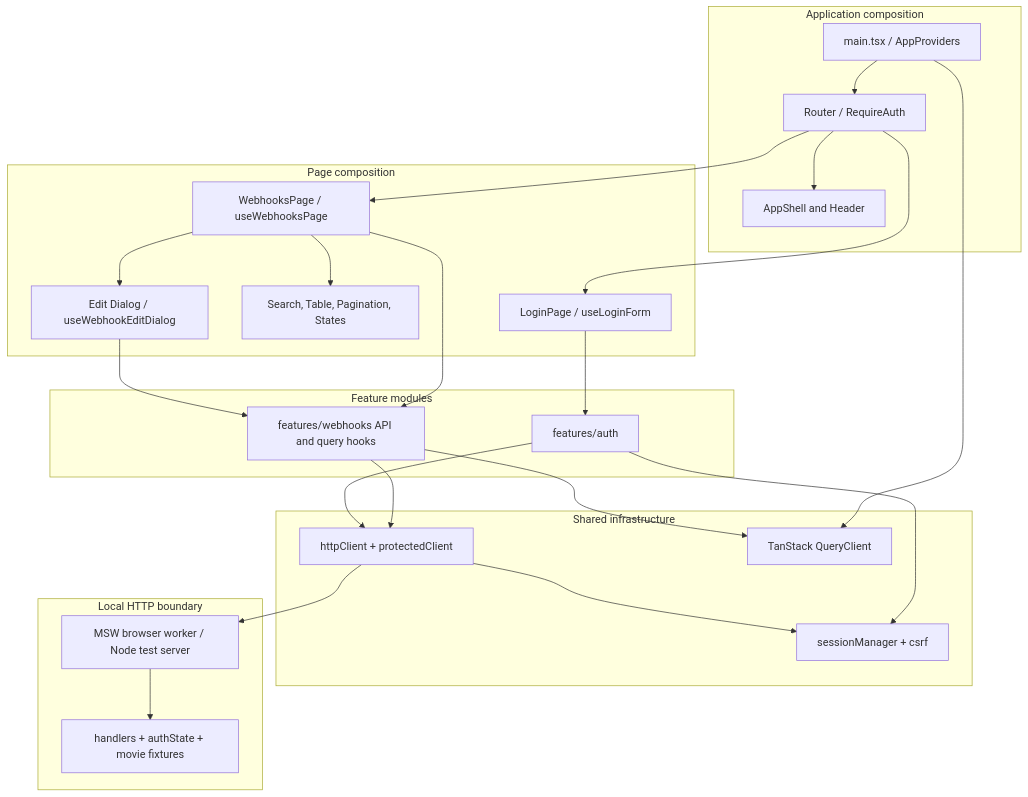
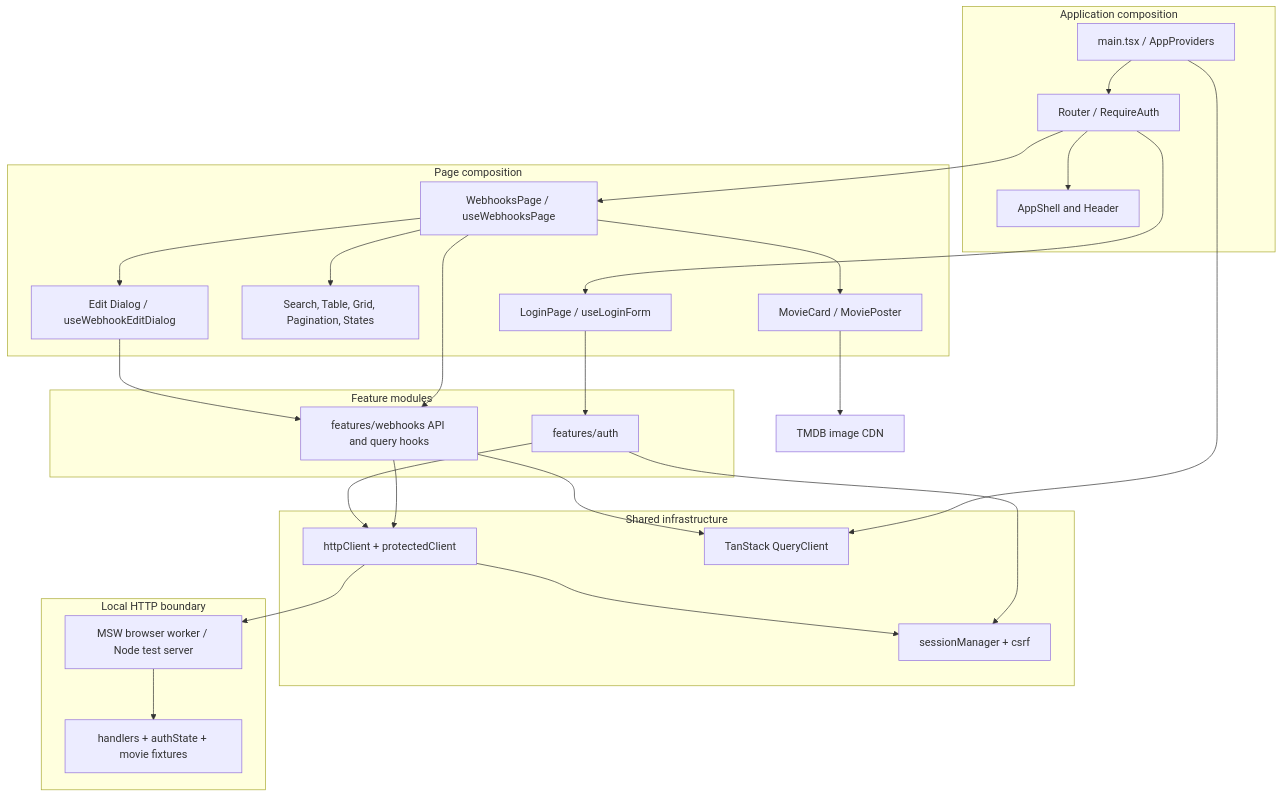
Before and after one commit to ruslan-chmyr/webhook-catalog: the first of 9 diagrams in docs/solution-design.md, drawn with Mermaid. The commit also changed other lines of this file, not shown here.

Commit message:
docs: deepen auth lifecycle, concurrency, grid composition and optimized poster design

````diff
--- a/docs/solution-design.md
+++ b/docs/solution-design.md
@@ -17,44 +17,47 @@
 ```mermaid
 flowchart TB
   subgraph App[Application composition]
     Bootstrap[main.tsx / AppProviders]
     Router[Router / RequireAuth]
     Shell[AppShell and Header]
   end
   subgraph UI[Page composition]
     Login[LoginPage / useLoginForm]
     Catalog[WebhooksPage / useWebhooksPage]
-    List[Search, Table, Pagination, States]
+    List[Search, Table, Grid, Pagination, States]
     Editor[Edit Dialog / useWebhookEditDialog]
+    Poster[MovieCard / MoviePoster]
   end
   subgraph Features[Feature modules]
     Auth[features/auth]
     Movies[features/webhooks API and query hooks]
   end
   subgraph Shared[Shared infrastructure]
     HTTP[httpClient + protectedClient]
     Session[sessionManager + csrf]
     Cache[TanStack QueryClient]
   end
   subgraph Mock[Local HTTP boundary]
     Worker[MSW browser worker / Node test server]
     Handlers[handlers + authState + movie fixtures]
   end
   Bootstrap --> Router
   Bootstrap --> Cache
   Router --> Shell
   Router --> Login
   Router --> Catalog
   Login --> Auth
   Catalog --> List
   Catalog --> Editor
+  Catalog --> Poster
   Catalog --> Movies
   Editor --> Movies
   Movies --> HTTP
   Auth --> HTTP
   Movies --> Cache
   Auth --> Session
   HTTP --> Session
   HTTP --> Worker
   Worker --> Handlers
+  Poster --> CDN[TMDB image CDN]
 ```
````
